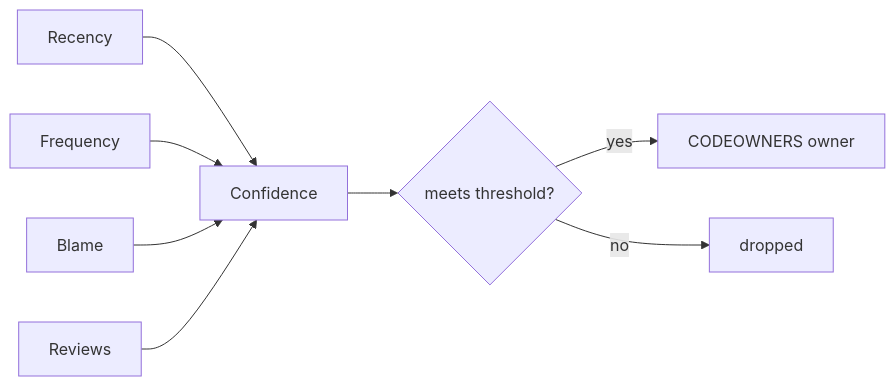
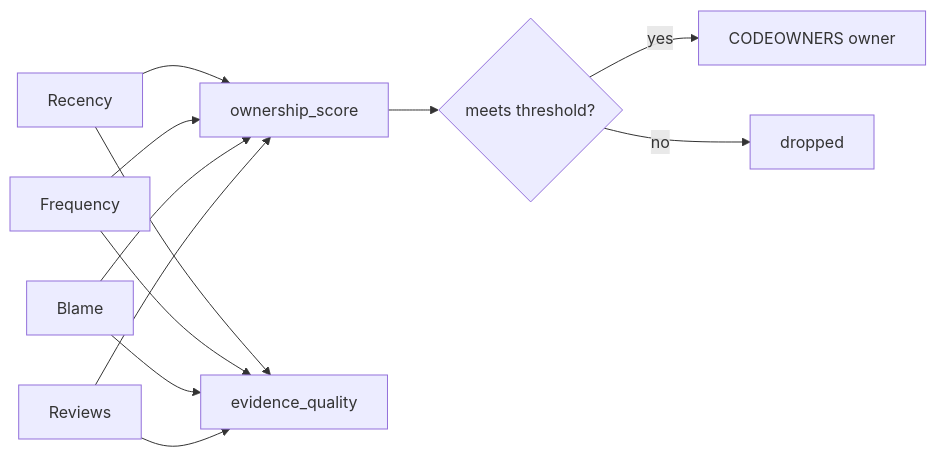
The second of 2 diagrams in docs/USAGE.md (smusali/checkOwners), drawn with Mermaid before and after one commit. The commit also changed other lines of this file and 27 other files, not shown here.

````diff
--- a/docs/USAGE.md
+++ b/docs/USAGE.md
@@ -126,10 +137,14 @@
 ```mermaid
 flowchart LR
-    R[Recency] --> S[Confidence]
+    R[Recency] --> S[ownership_score]
     F[Frequency] --> S
     B[Blame] --> S
     V[Reviews] --> S
+    R --> Q[evidence_quality]
+    F --> Q
+    B --> Q
+    V --> Q
     S --> Filter{meets threshold?}
     Filter -->|yes| Generate[CODEOWNERS owner]
     Filter -->|no| Drop[dropped]
 ```
````
